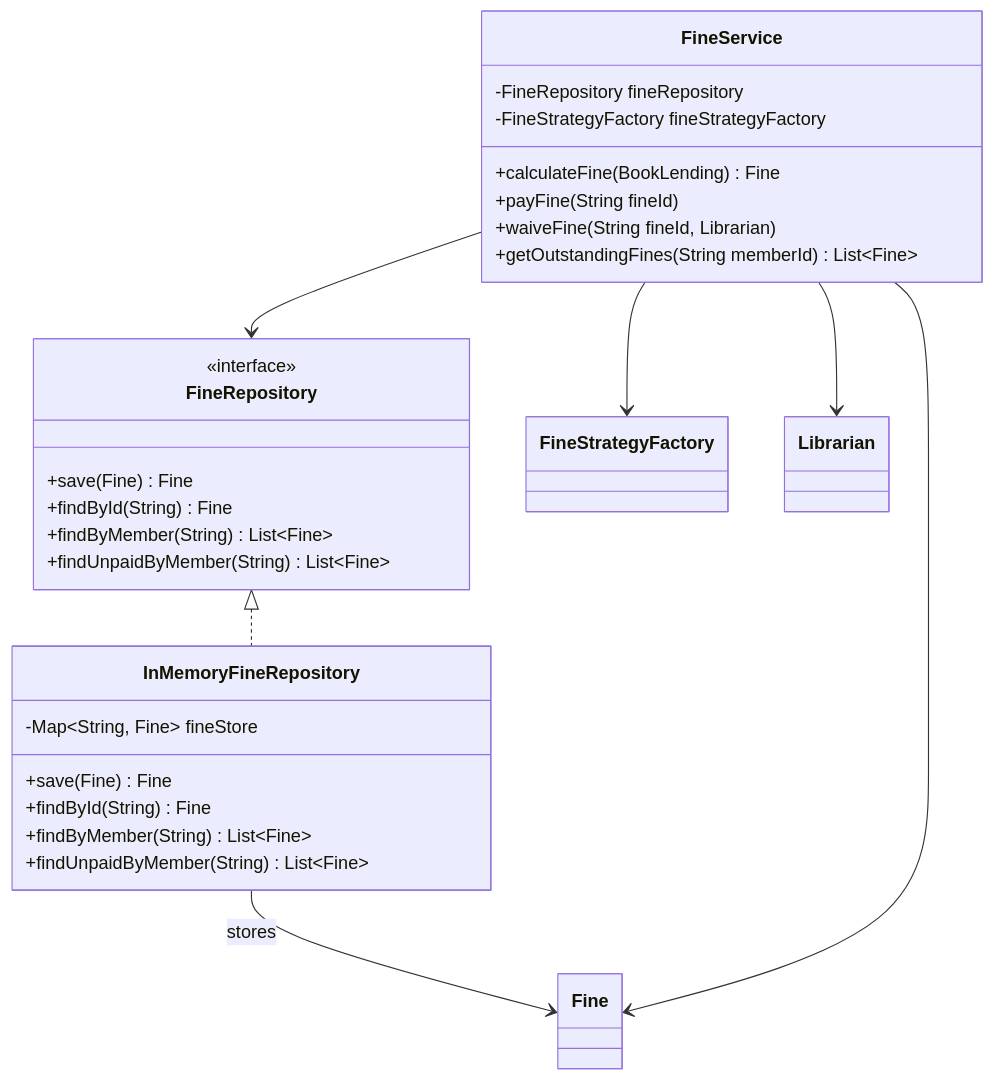
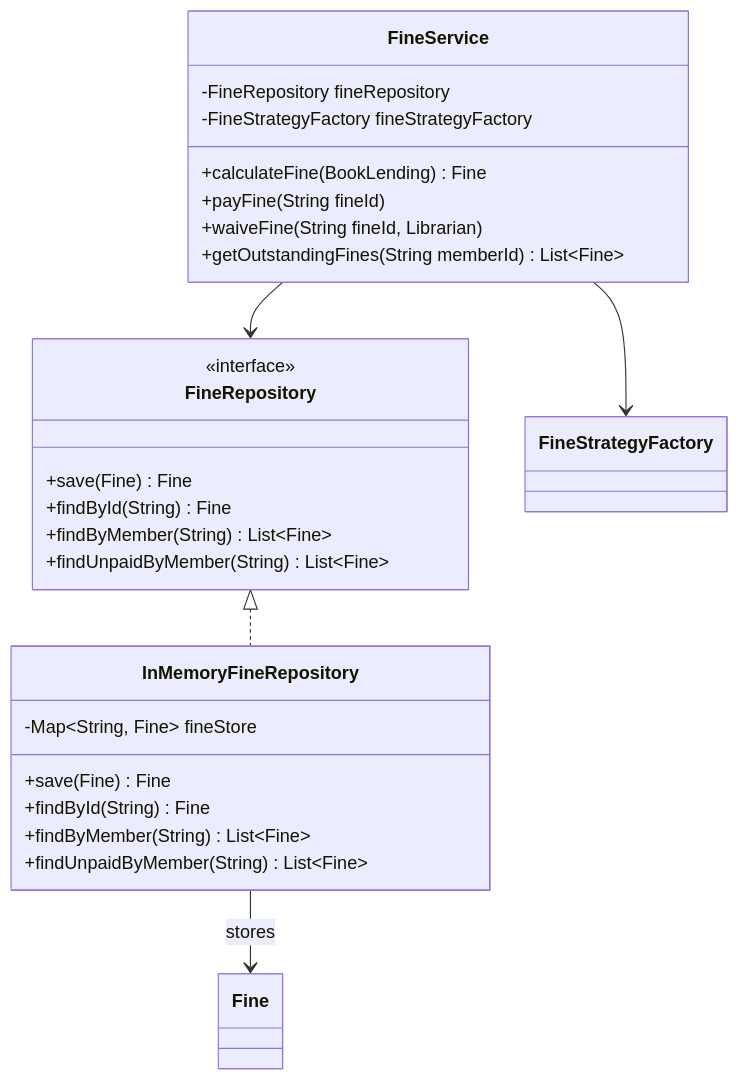
One commit to Arnavjain1703/LLD changed the sixth of 9 diagrams in LibraryManagementSystem/class-diagram.md. Above: the diagram before and after it, drawn with Mermaid. The commit also changed other lines of this file, not shown here.

````diff
--- a/LibraryManagementSystem/class-diagram.md
+++ b/LibraryManagementSystem/class-diagram.md
@@ -384,34 +447,32 @@
 ```mermaid
 classDiagram
     class FineRepository {
         <<interface>>
         +save(Fine) Fine
         +findById(String) Fine
         +findByMember(String) List~Fine~
         +findUnpaidByMember(String) List~Fine~
     }
 
     class InMemoryFineRepository {
         -Map~String, Fine~ fineStore
         +save(Fine) Fine
         +findById(String) Fine
         +findByMember(String) List~Fine~
         +findUnpaidByMember(String) List~Fine~
     }
 
     class FineService {
         -FineRepository fineRepository
         -FineStrategyFactory fineStrategyFactory
         +calculateFine(BookLending) Fine
         +payFine(String fineId)
         +waiveFine(String fineId, Librarian)
         +getOutstandingFines(String memberId) List~Fine~
     }
 
     FineRepository <|.. InMemoryFineRepository
     InMemoryFineRepository --> Fine : stores
     FineService --> FineRepository
     FineService --> FineStrategyFactory
-    FineService --> Fine
-    FineService --> Librarian
 ```
````
